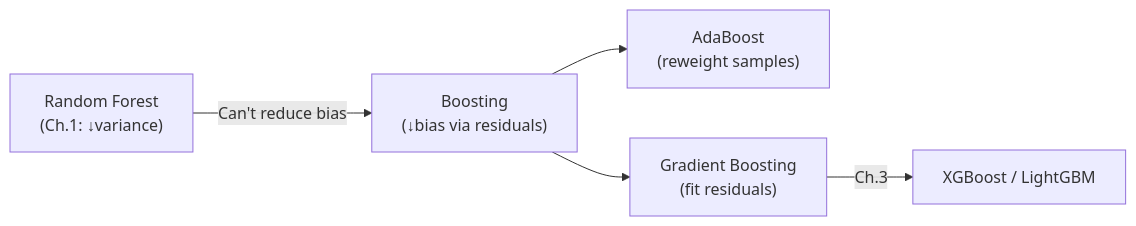
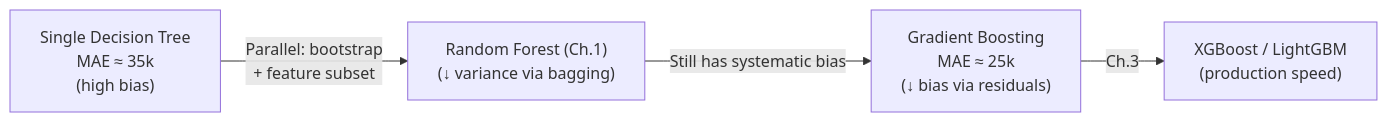
The first of 4 diagrams in notes/01-ml/08_ensemble_methods/ch02_boosting/README.md (deepakshamsft/ai-portfolio), drawn with Mermaid before and after one commit. The commit also changed other lines of this file and 727 other files, not shown here.

````diff
--- a/notes/01-ml/08_ensemble_methods/ch02_boosting/README.md
+++ b/notes/01-ml/08_ensemble_methods/ch02_boosting/README.md
@@ -31,8 +30,8 @@
 ```mermaid
 flowchart LR
-    RF["Random Forest\n(Ch.1: ↓variance)"]
-    RF -->|"Can't reduce bias"| BOOST["Boosting\n(↓bias via residuals)"]
-    BOOST --> ADA["AdaBoost\n(reweight samples)"]
-    BOOST --> GB["Gradient Boosting\n(fit residuals)"]
-    GB -->|"Ch.3"| XGB["XGBoost / LightGBM"]
+    DT["Single Decision Tree\nMAE ≈ 35k\n(high bias)"]
+    RF["Random Forest (Ch.1)\n(↓ variance via bagging)"]
+    DT -->|"Parallel: bootstrap\n+ feature subset"| RF
+    RF -->|"Still has systematic bias"| BOOST["Gradient Boosting\nMAE ≈ 25k\n(↓ bias via residuals)"]
+    BOOST -->|"Ch.3"| XGB["XGBoost / LightGBM\n(production speed)"]
 ```
````
